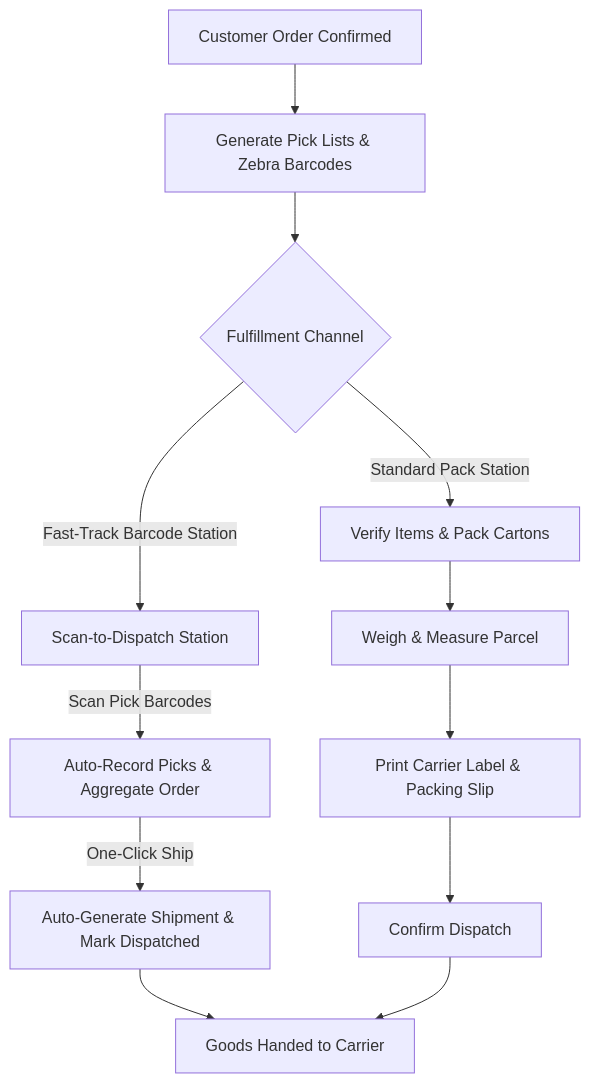
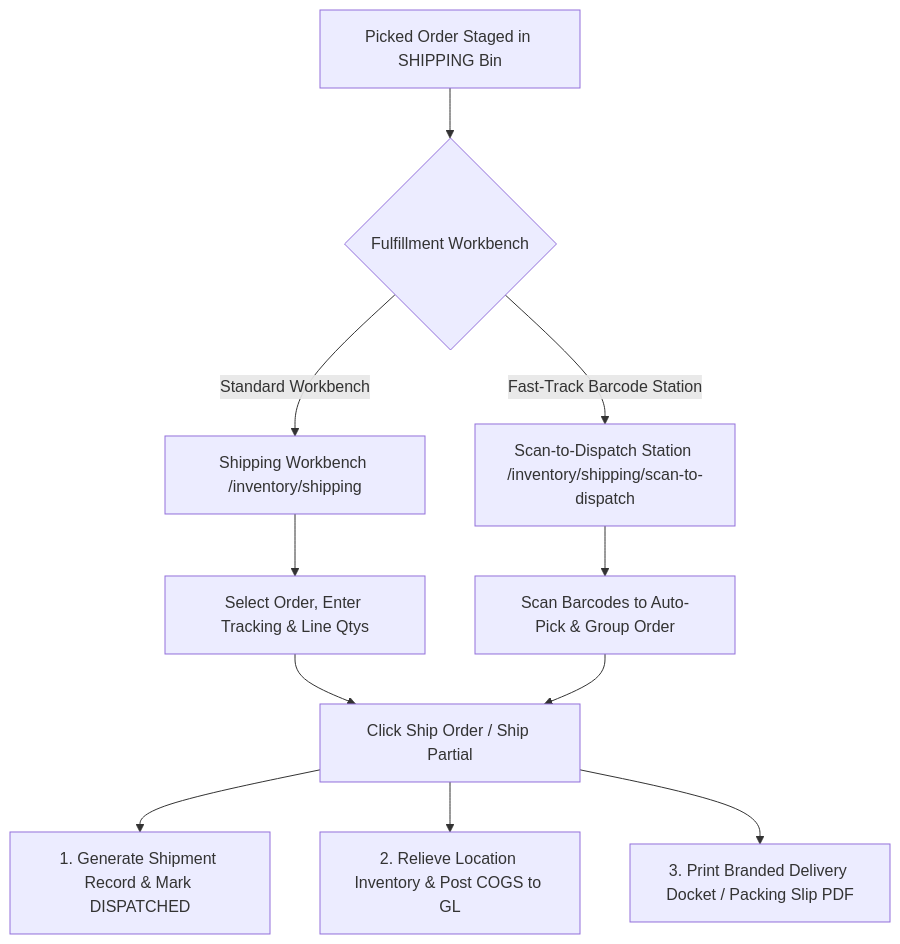
Before and after one commit to herobmdotcom/herobm: the diagram in docs/user/shipping.md, drawn with Mermaid. The commit also changed other lines of this file and 22 other files, not shown here.

````diff
--- a/docs/user/shipping.md
+++ b/docs/user/shipping.md
@@ -42,14 +45,16 @@
 ```mermaid
 flowchart TD
-    A[Customer Order Confirmed] --> B[Generate Pick Lists & Zebra Barcodes]
-    B --> C{Fulfillment Channel}
-    C -->|Fast-Track Barcode Station| D[Scan-to-Dispatch Station]
-    C -->|Standard Pack Station| E[Verify Items & Pack Cartons]
-    D -->|Scan Pick Barcodes| F[Auto-Record Picks & Aggregate Order]
-    F -->|One-Click Ship| G[Auto-Generate Shipment & Mark Dispatched]
-    E --> H[Weigh & Measure Parcel]
-    H --> I[Print Carrier Label & Packing Slip]
-    I --> J[Confirm Dispatch]
-    G --> K[Goods Handed to Carrier]
-    J --> K
+    A[Picked Order Staged in SHIPPING Bin] --> B{Fulfillment Workbench}
+    B -->|Standard Workbench| C[Shipping Workbench /inventory/shipping]
+    B -->|Fast-Track Barcode Station| D[Scan-to-Dispatch Station /inventory/shipping/scan-to-dispatch]
+
+    C --> E[Select Order, Enter Tracking & Line Qtys]
+    D --> F[Scan Barcodes to Auto-Pick & Group Order]
+
+    E --> G[Click Ship Order / Ship Partial]
+    F --> G
+
+    G --> H[1. Generate Shipment Record & Mark DISPATCHED]
+    G --> I[2. Relieve Location Inventory & Post COGS to GL]
+    G --> J[3. Print Branded Delivery Docket / Packing Slip PDF]
 ```
````
